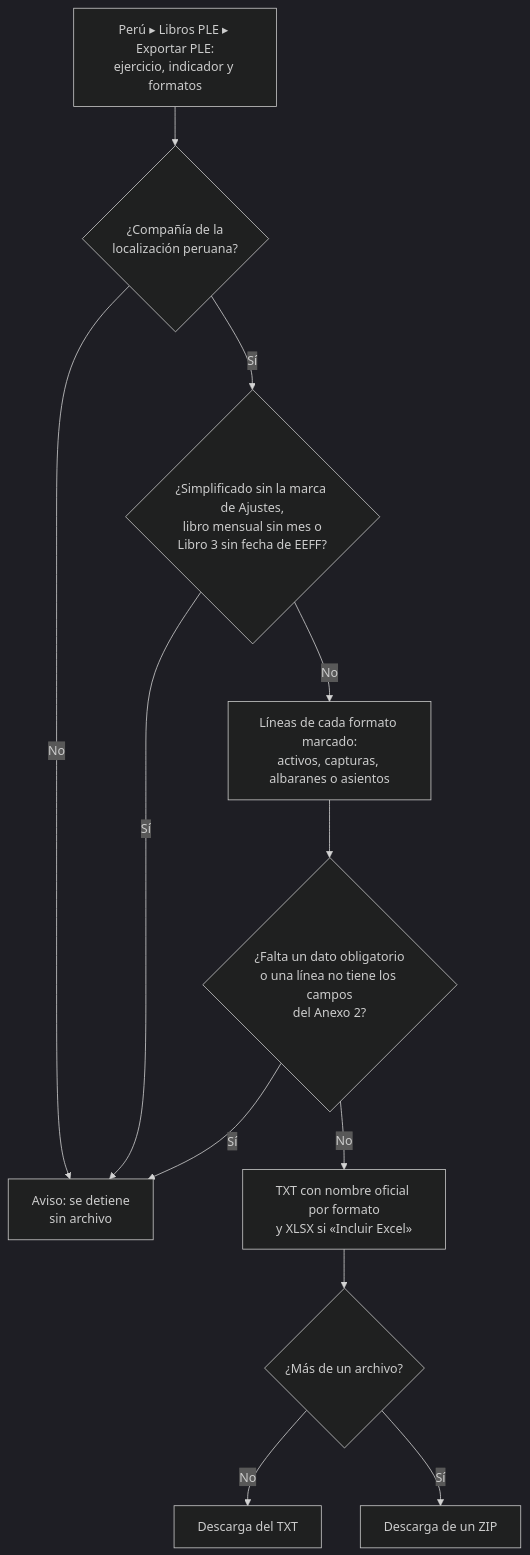
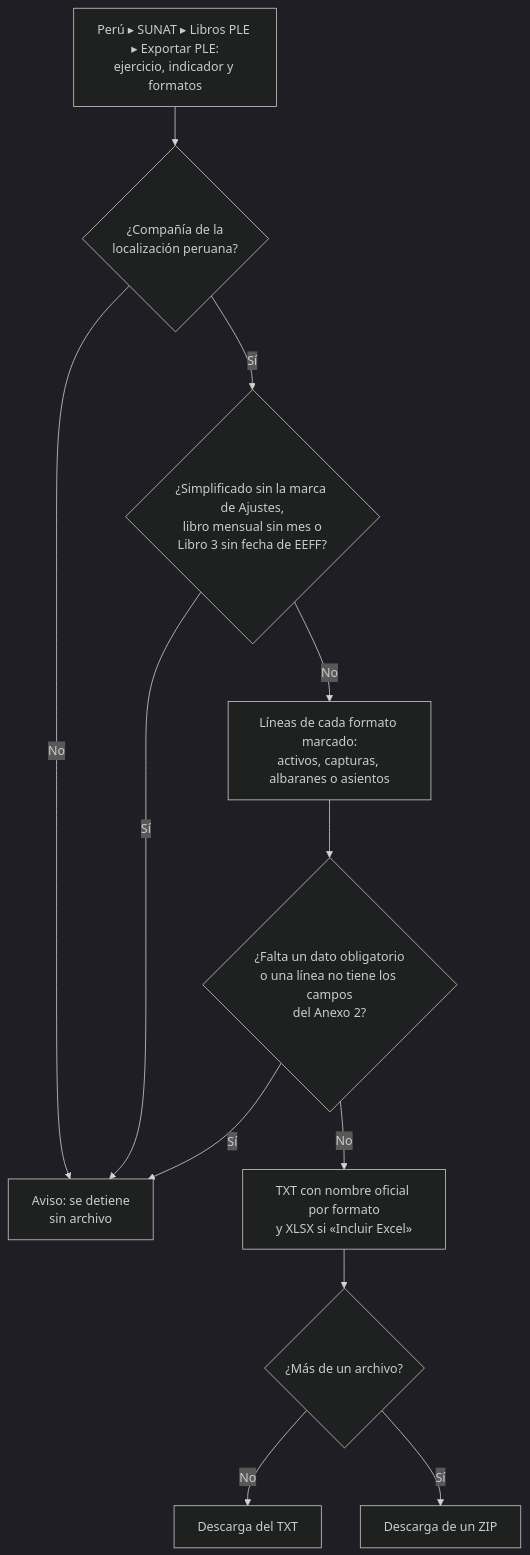
The diagram in OL-ACCOUNTING/al_l10n_pe_ple/static/description/diagramas/exportar.mmd (olanoit/ol_new_apps), drawn with Mermaid (dark theme) before and after one commit. The commit also changed 251 other files, not shown here.

```diff
--- a/OL-ACCOUNTING/al_l10n_pe_ple/static/description/diagramas/exportar.mmd
+++ b/OL-ACCOUNTING/al_l10n_pe_ple/static/description/diagramas/exportar.mmd
@@ -1,12 +1,12 @@
 flowchart TD
-  A[Perú ▸ Libros PLE ▸ Exportar PLE:<br/>ejercicio, indicador y formatos] --> B{¿Compañía de la<br/>localización peruana?}
+  A[Perú ▸ SUNAT ▸ Libros PLE ▸ Exportar PLE:<br/>ejercicio, indicador y formatos] --> B{¿Compañía de la<br/>localización peruana?}
   B -- No --> X[Aviso: se detiene<br/>sin archivo]
   B -- Sí --> C{¿Simplificado sin la marca de Ajustes,<br/>libro mensual sin mes o<br/>Libro 3 sin fecha de EEFF?}
   C -- Sí --> X
   C -- No --> D[Líneas de cada formato marcado:<br/>activos, capturas, albaranes o asientos]
   D --> E{¿Falta un dato obligatorio<br/>o una línea no tiene los campos<br/>del Anexo 2?}
   E -- Sí --> X
   E -- No --> F[TXT con nombre oficial por formato<br/>y XLSX si «Incluir Excel»]
   F --> G{¿Más de un archivo?}
   G -- No --> H[Descarga del TXT]
   G -- Sí --> I[Descarga de un ZIP]
```
